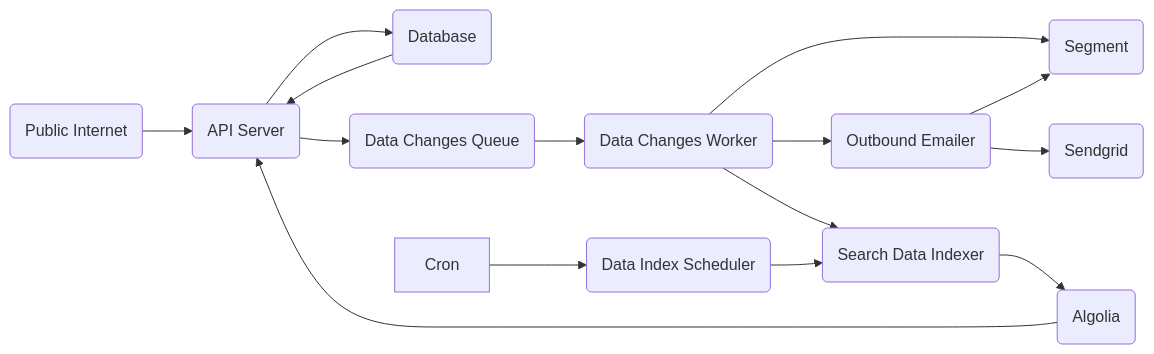
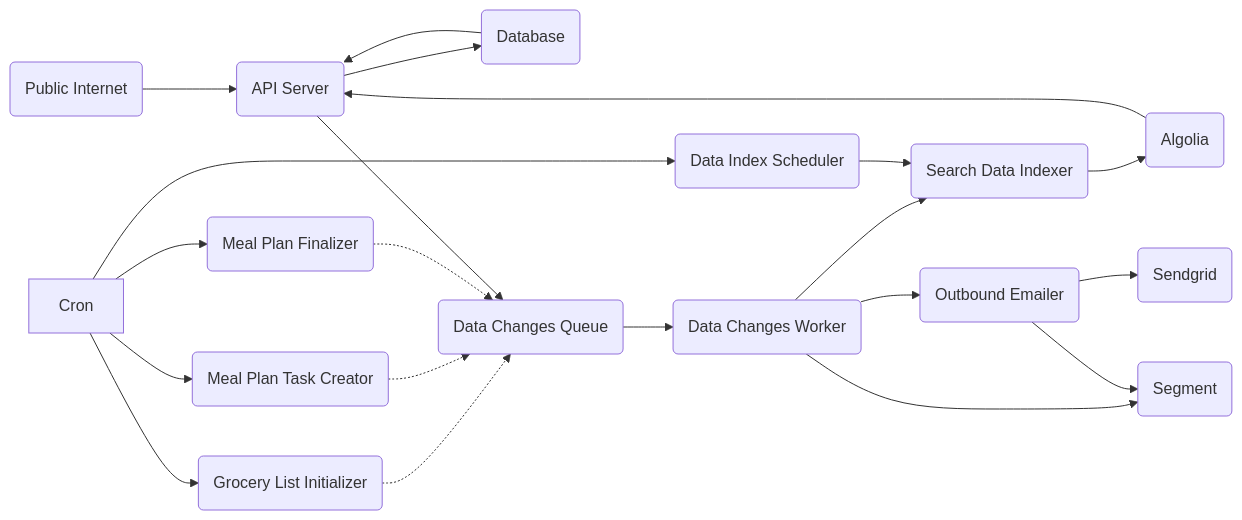
One commit to primandproper/nosmallparts changed the diagram in backend/README.md. Above: the diagram before and after it, drawn with Mermaid. The commit also changed other lines of this file and 344 other files, not shown here.

````diff
--- a/backend/README.md
+++ b/backend/README.md
@@ -32,28 +32,37 @@
 ```mermaid
 flowchart LR
     PublicInternet("Public Internet")
     APIServer("API Server")
     Sendgrid("Sendgrid")
     Segment("Segment")
     Algolia("Algolia")
     Database("Database")
     DataChangesQueue("Data Changes Queue")
     DataChangesWorker("Data Changes Worker")
+    MealPlanFinalizerWorker("Meal Plan Finalizer")
+    MealPlanGroceryListInitializerWorker("Grocery List Initializer")
+    MealPlanTaskCreatorWorker("Meal Plan Task Creator")
     OutboundEmailerWorker("Outbound Emailer")
     SearchDataIndexSchedulerWorker("Data Index Scheduler")
     SearchDataIndexerWorker("Search Data Indexer")
     PublicInternet-->APIServer
+    Cron-->MealPlanGroceryListInitializerWorker
     Cron-->SearchDataIndexSchedulerWorker
+    Cron-->MealPlanTaskCreatorWorker
+    Cron-->MealPlanFinalizerWorker
     DataChangesWorker-->OutboundEmailerWorker
     DataChangesWorker-->SearchDataIndexerWorker
+    MealPlanGroceryListInitializerWorker-.->DataChangesQueue
+    MealPlanTaskCreatorWorker-.->DataChangesQueue
+    MealPlanFinalizerWorker-.->DataChangesQueue
     SearchDataIndexSchedulerWorker-->SearchDataIndexerWorker
     SearchDataIndexerWorker-->Algolia
     DataChangesQueue-->DataChangesWorker
     DataChangesWorker-->Segment
     OutboundEmailerWorker-->Segment
     OutboundEmailerWorker-->Sendgrid
     Algolia-->APIServer
     APIServer-->Database
     Database-->APIServer
     APIServer-->DataChangesQueue
 ```
````
